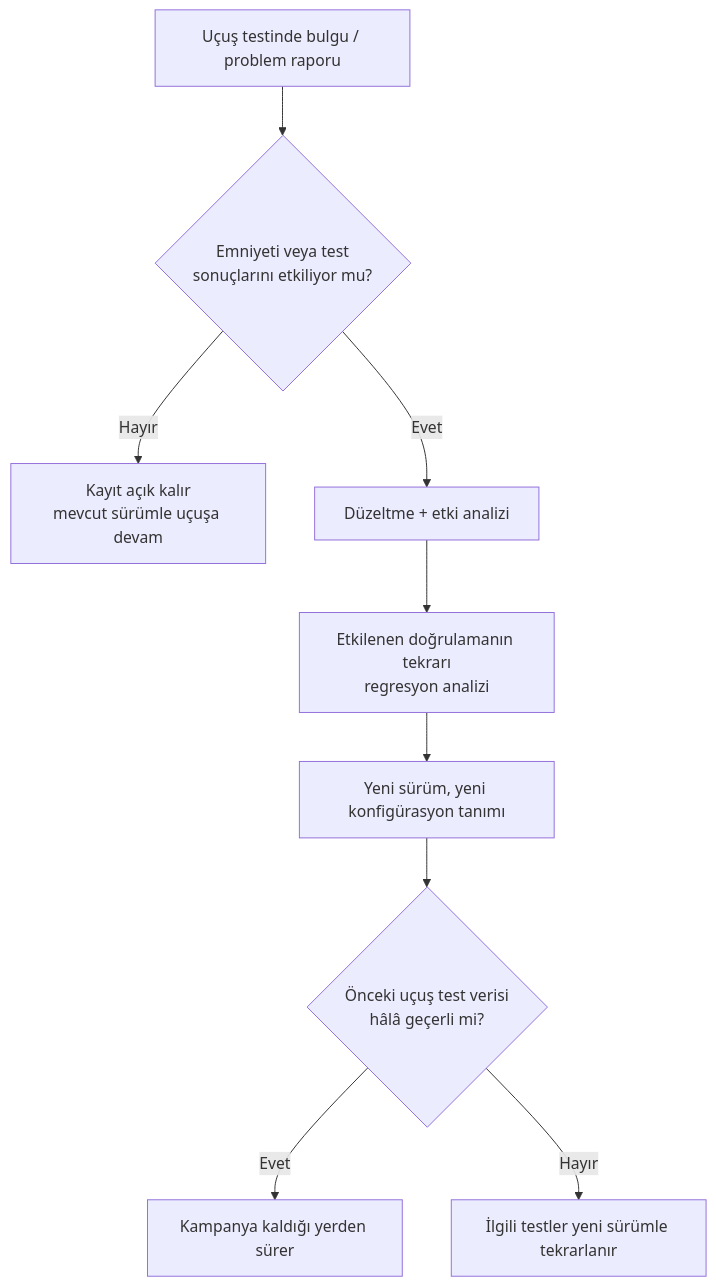
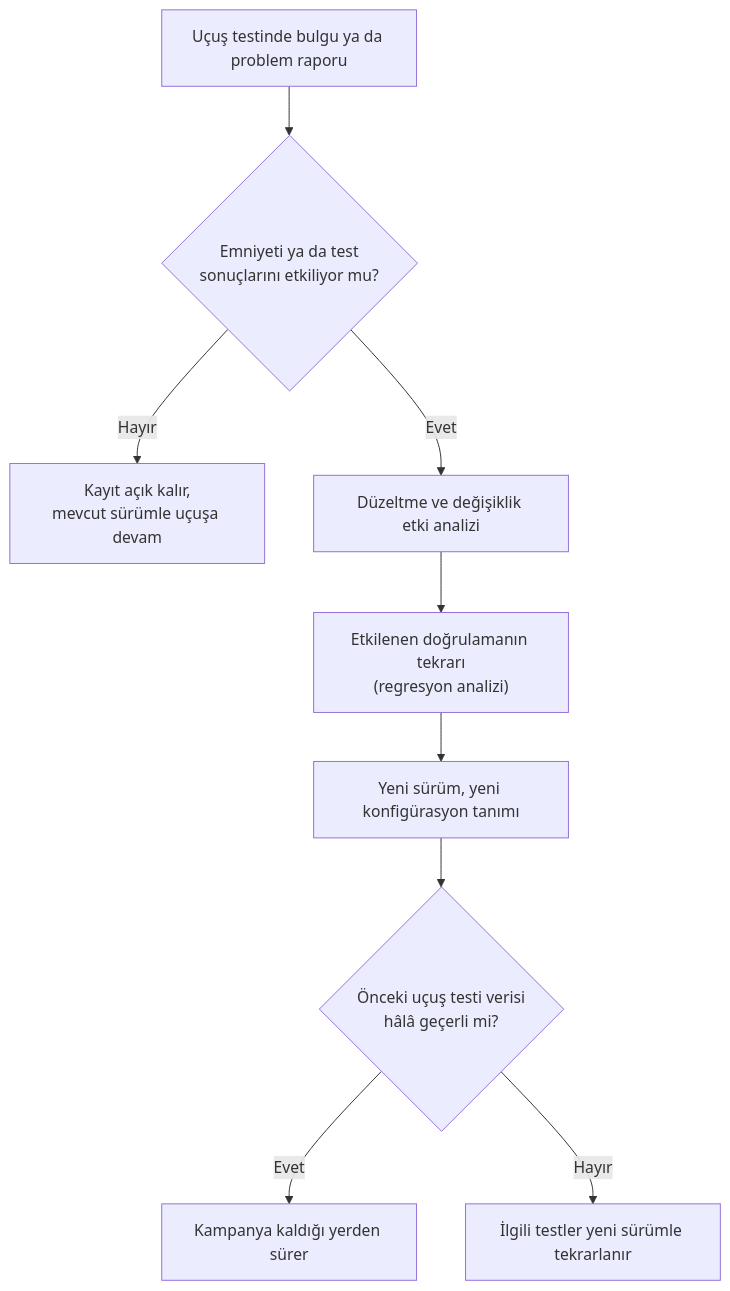
Before and after one commit to Mavrikant/aviyonikyazilim: the second of 2 diagrams in kitap/03-do178c-ile-gelistirme/12-sertifikasyon-irtibati.md, drawn with Mermaid. The commit also changed other lines of this file and 35 other files, not shown here.

````diff
--- a/kitap/03-do178c-ile-gelistirme/12-sertifikasyon-irtibati.md
+++ b/kitap/03-do178c-ile-gelistirme/12-sertifikasyon-irtibati.md
@@ -181,11 +334,11 @@
 ```mermaid
 flowchart TD
-    A[Uçuş testinde bulgu / problem raporu] --> B{Emniyeti veya test\nsonuçlarını etkiliyor mu?}
-    B -- Hayır --> C[Kayıt açık kalır\nmevcut sürümle uçuşa devam]
-    B -- Evet --> D[Düzeltme + etki analizi]
-    D --> E[Etkilenen doğrulamanın tekrarı\nregresyon analizi]
-    E --> F[Yeni sürüm, yeni konfigürasyon tanımı]
-    F --> G{Önceki uçuş test verisi\nhâlâ geçerli mi?}
-    G -- Evet --> H[Kampanya kaldığı yerden sürer]
-    G -- Hayır --> I[İlgili testler yeni sürümle tekrarlanır]
+    A["Uçuş testinde bulgu ya da problem raporu"] --> B{"Emniyeti ya da test<br/>sonuçlarını etkiliyor mu?"}
+    B -- "Hayır" --> C["Kayıt açık kalır,<br/>mevcut sürümle uçuşa devam"]
+    B -- "Evet" --> D["Düzeltme ve değişiklik etki analizi"]
+    D --> E["Etkilenen doğrulamanın tekrarı<br/>(regresyon analizi)"]
+    E --> F["Yeni sürüm, yeni konfigürasyon tanımı"]
+    F --> G{"Önceki uçuş testi verisi<br/>hâlâ geçerli mi?"}
+    G -- "Evet" --> H["Kampanya kaldığı yerden sürer"]
+    G -- "Hayır" --> I["İlgili testler yeni sürümle tekrarlanır"]
 ```
````
